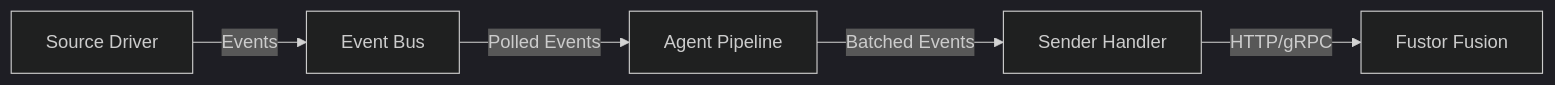
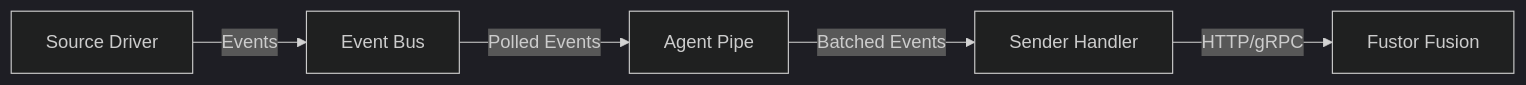
The diagram in packages/agent-sdk/README.md (excelwang/fustor), drawn with Mermaid (dark theme) before and after one commit. The commit also changed other lines of this file and 127 other files, not shown here.

Commit message:
refactor: Rename 'Pipeline' to 'Pipe' across the codebase and consolidate related configuration files.

````diff
--- a/packages/agent-sdk/README.md
+++ b/packages/agent-sdk/README.md
@@ -9,7 +9,7 @@
 ```mermaid
 graph LR
     Source[Source Driver] -- Events --> Bus[Event Bus]
-    Bus -- Polled Events --> Pipeline[Agent Pipeline]
-    Pipeline -- Batched Events --> Sender[Sender Handler]
+    Bus -- Polled Events --> Pipe[Agent Pipe]
+    Pipe -- Batched Events --> Sender[Sender Handler]
     Sender -- HTTP/gRPC --> Fusion[Fustor Fusion]
 ```
````
